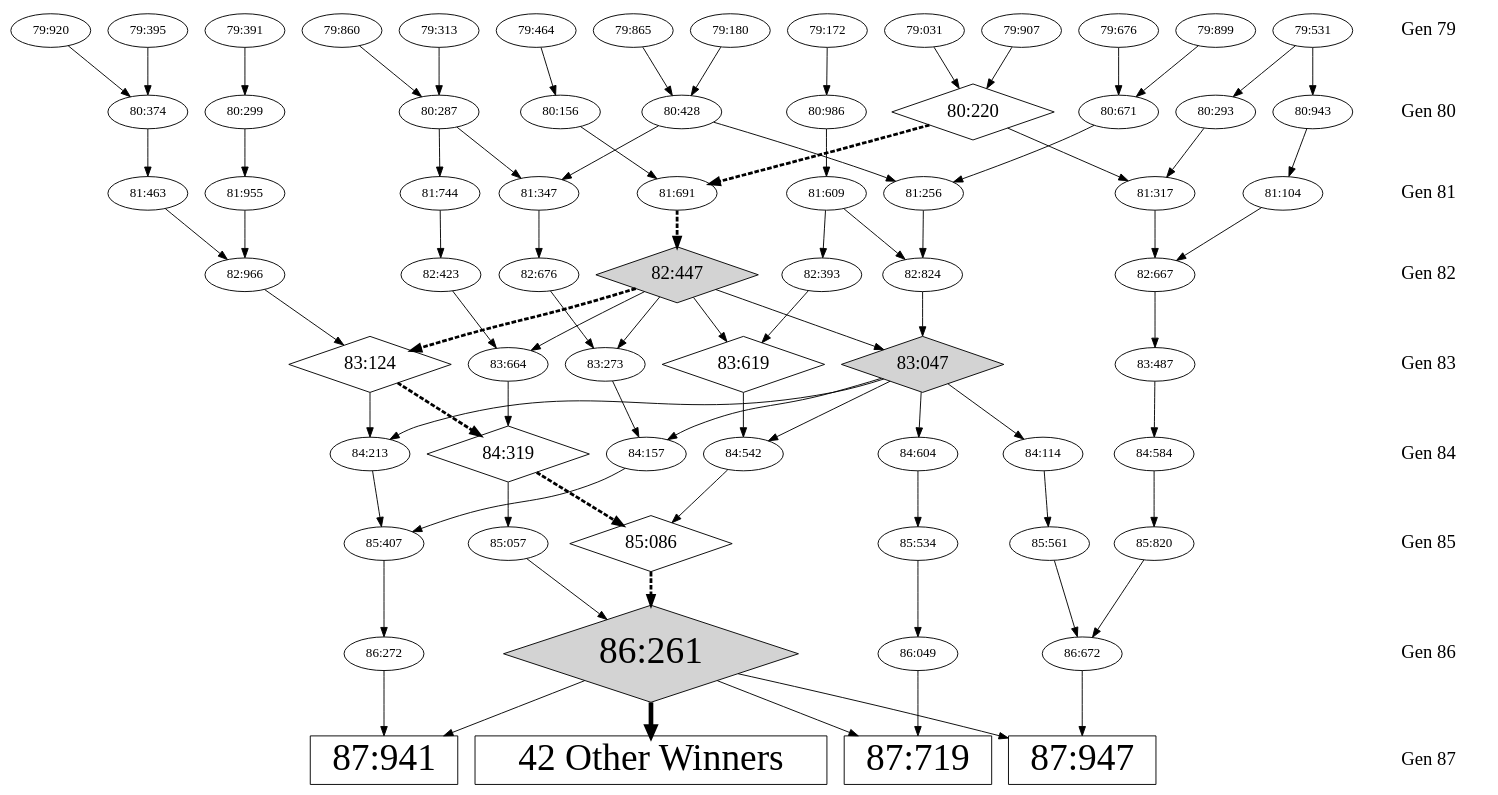
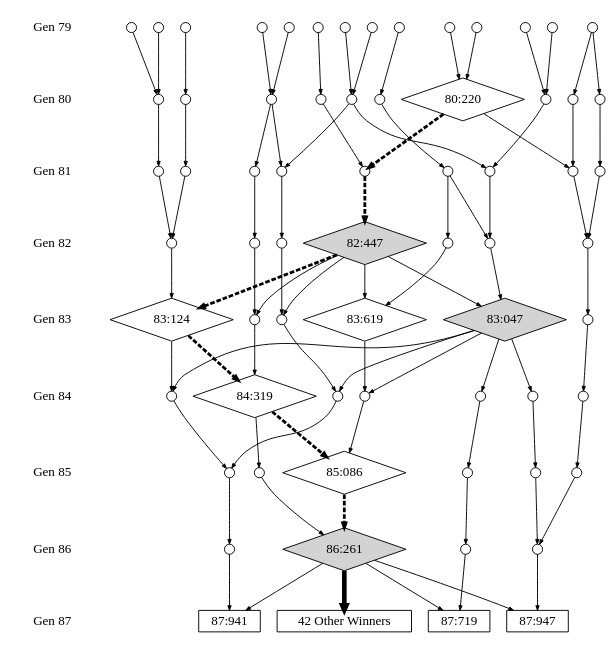
One commit to NicMcPhee/Graph-DB-and-GP-paper-GPTP-2015 changed the diagram in data/Neo4J/replace-space-with-newline/lexicase/run6/ancestors_of_winners_colons.dot. Above: the diagram before and after it, drawn with Graphviz. The commit also changed 5 other files, not shown here.

```diff
--- a/data/Neo4J/replace-space-with-newline/lexicase/run6/ancestors_of_winners_colons.dot
+++ b/data/Neo4J/replace-space-with-newline/lexicase/run6/ancestors_of_winners_colons.dot
@@ -1,108 +1,111 @@
 digraph G {
+	node [penwidth=0]
+	"Gen 79" -> "Gen 80" -> "Gen 81" -> "Gen 82" -> "Gen 83" -> "Gen 84" -> "Gen 85" -> "Gen 86" -> "Gen 87" [style=invis];
+
+	node[shape=point, width=0.15, height=0.15, fillcolor="white", penwidth=1];
+	edge[arrowsize=0.5];
 	"79:031" -> "80:220";
 	"79:172" -> "80:986";
 	"79:180" -> "80:428";
 	"79:313" -> "80:287";
 	"79:391" -> "80:299";
 	"79:395" -> "80:374";
 	"79:464" -> "80:156";
 	"79:531" -> "80:943";
 	"79:531" -> "80:293";
 	"79:676" -> "80:671";
 	"79:860" -> "80:287";
 	"79:865" -> "80:428";
 	"79:899" -> "80:671";
 	"79:907" -> "80:220";
 	"79:920" -> "80:374";
 	"80:156" -> "81:691";
 	"80:220" -> "81:691" [penwidth=3, style=dashed];
-	"80:220" [shape=diamond, fontsize=20]
+	"80:220" [shape=diamond]
 	"80:220" -> "81:317";
 	"80:287" -> "81:347";
 	"80:287" -> "81:744";
 	"80:293" -> "81:317";
 	"80:299" -> "81:955";
 	"80:374" -> "81:463";
 	"80:428" -> "81:347";
 	"80:428" -> "81:256";
 	"80:671" -> "81:256";
 	"80:943" -> "81:104";
 	"80:986" -> "81:609";
 	"81:104" -> "82:667";
 	"81:256" -> "82:824";
 	"81:317" -> "82:667";
 	"81:347" -> "82:676";
 	"81:463" -> "82:966";
 	"81:609" -> "82:824";
 	"81:609" -> "82:393";
-	"82:447" [shape=diamond, style=filled, fillcolor="lightgrey", fontsize=20]
+	"82:447" [shape=diamond, style=filled, fillcolor="lightgrey"]
 	"81:691" -> "82:447" [penwidth=3, style=dashed];
 	"81:744" -> "82:423";
 	"81:955" -> "82:966";
 	"82:393" -> "83:619";
 	"82:423" -> "83:664";
 	"82:447" -> "83:664";
 	"82:447" -> "83:619";
 	"82:447" -> "83:273";
 	"82:447" -> "83:124" [penwidth=3, style=dashed];
 	"82:447" -> "83:047";
 	"82:667" -> "83:487";
 	"82:676" -> "83:273";
 	"82:824" -> "83:047";
 	"82:966" -> "83:124";
-	"83:047" [shape=diamond, style=filled, fillcolor="lightgrey", fontsize=20]
+	"83:047" [shape=diamond, style=filled, fillcolor="lightgrey"]
 	"83:047" -> "84:604";
 	"83:047" -> "84:542";
 	"83:047" -> "84:114";
 	"83:047" -> "84:157";
 	"83:047" -> "84:213";
 	"83:124" -> "84:319" [penwidth=3, style=dashed];
-	"83:124" [shape=diamond, fontsize=20]
+	"83:124" [shape=diamond]
 	"83:124" -> "84:213";
 	"83:273" -> "84:157";
 	"83:487" -> "84:584";
-	"83:619" [shape=diamond, fontsize=20]
+	"83:619" [shape=diamond]
 	"83:619" -> "84:542";
 	"83:664" -> "84:319";
 	"84:114" -> "85:561";
 	"84:157" -> "85:407";
 	"84:213" -> "85:407";
 	"84:319" -> "85:057";
-	"84:319" [shape=diamond, fontsize=20]
+	"84:319" [shape=diamond]
 	"84:319" -> "85:086" [penwidth=3, style=dashed];
 	"84:542" -> "85:086";
 	"84:584" -> "85:820";
 	"84:604" -> "85:534";
 	"85:057" -> "86:261";
-	"85:086" [shape=diamond, fontsize=20]
+	"85:086" [shape=diamond]
 	"85:086" -> "86:261" [penwidth=3, style=dashed];
 	"85:407" -> "86:272";
 	"85:534" -> "86:049";
 	"85:561" -> "86:672";
 	"85:820" -> "86:672";
-	"87:719" [shape=rectangle, fontsize=40]
-	"87:941" [shape=rectangle, fontsize=40]
-	"87:947" [shape=rectangle, fontsize=40]
+	"87:719" [shape=rectangle]
+	"87:941" [shape=rectangle]
+	"87:947" [shape=rectangle]
 	"86:049" -> "87:719";
 	"86:272" -> "87:941";
 	"86:672" -> "87:947";
 
-	"42 Other Winners" [shape=rectangle, fontsize=40]
-	"86:261" [shape=diamond, style=filled, fillcolor="lightgrey", fontsize=40]
+	"42 Other Winners" [shape=rectangle]
+	"86:261" [shape=diamond, style=filled, fillcolor="lightgrey"]
 	"86:261" -> "42 Other Winners" [penwidth=5];
 	"86:261" -> "87:719";
 	"86:261" -> "87:941";
 	"86:261" -> "87:947";
 
-	node [penwidth=0, fontsize=20]
-	"Gen 79" -> "Gen 80" -> "Gen 81" -> "Gen 82" -> "Gen 83" -> "Gen 84" -> "Gen 85" -> "Gen 86" -> "Gen 87" [style=invis];
 	{ rank=same; "Gen 79", "79:031" }
 	{ rank=same; "Gen 80", "80:428" }
 	{ rank=same; "Gen 81", "81:256" }
 	{ rank=same; "Gen 82", "82:824" }
 	{ rank=same; "Gen 83", "83:047" }
 	{ rank=same; "Gen 84", "84:157" }
 	{ rank=same; "Gen 85", "85:407" }
 	{ rank=same; "Gen 86", "86:049" }
 	{ rank=same; "Gen 87", "87:947" }
 }
```
